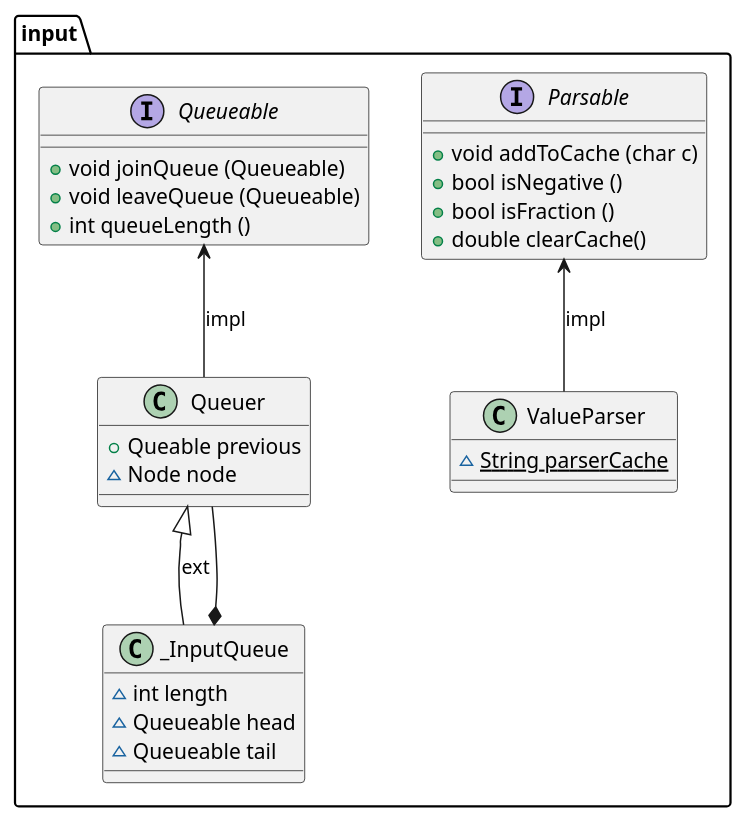
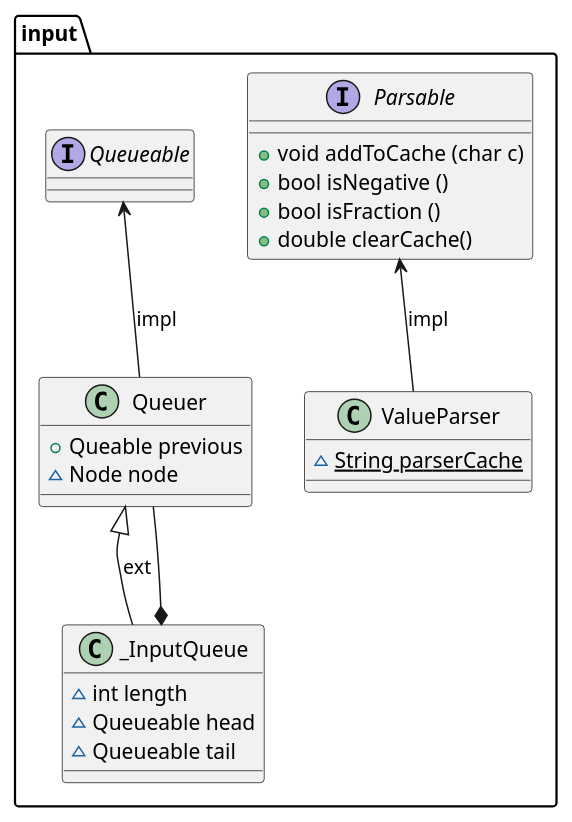
The diagram in src/main/resources/package_input_structure.puml (vitalispopoff/calculator), drawn with PlantUML before and after one commit. The commit also changed 8 other files, not shown here.

```diff
--- a/src/main/resources/package_input_structure.puml
+++ b/src/main/resources/package_input_structure.puml
@@ -1,38 +1,38 @@
 @startuml
 
 package input{
 
     interface Parsable{
             +{method} void addToCache (char c)
             +{method} bool isNegative ()
             +{method} bool isFraction ()
             +{method} double clearCache()
     }
 
     class ValueParser{
             ~{field}{static} String parserCache
     }
 
     interface Queueable{
-            +{method} void joinQueue (Queueable)
-            +{method} void leaveQueue (Queueable)
-            +{method} int queueLength ()
+'            +{method} void joinQueue (Queueable)
+'            +{method} void leaveQueue (Queueable)
+'            +{method} int queueLength ()
     }
 
     class _InputQueue{
             ~{field} int length
             ~{field} Queueable head
             ~{field} Queueable tail
     }
 
     class Queuer{
             +{field} Queable previous
             ~{field} Node node
     }
 
     Parsable        <--     ValueParser     : impl
     Queuer          <|--    _InputQueue     : ext
     Queuer          --*     _InputQueue
     Queueable       <--     Queuer          : impl
 
 @enduml
```
